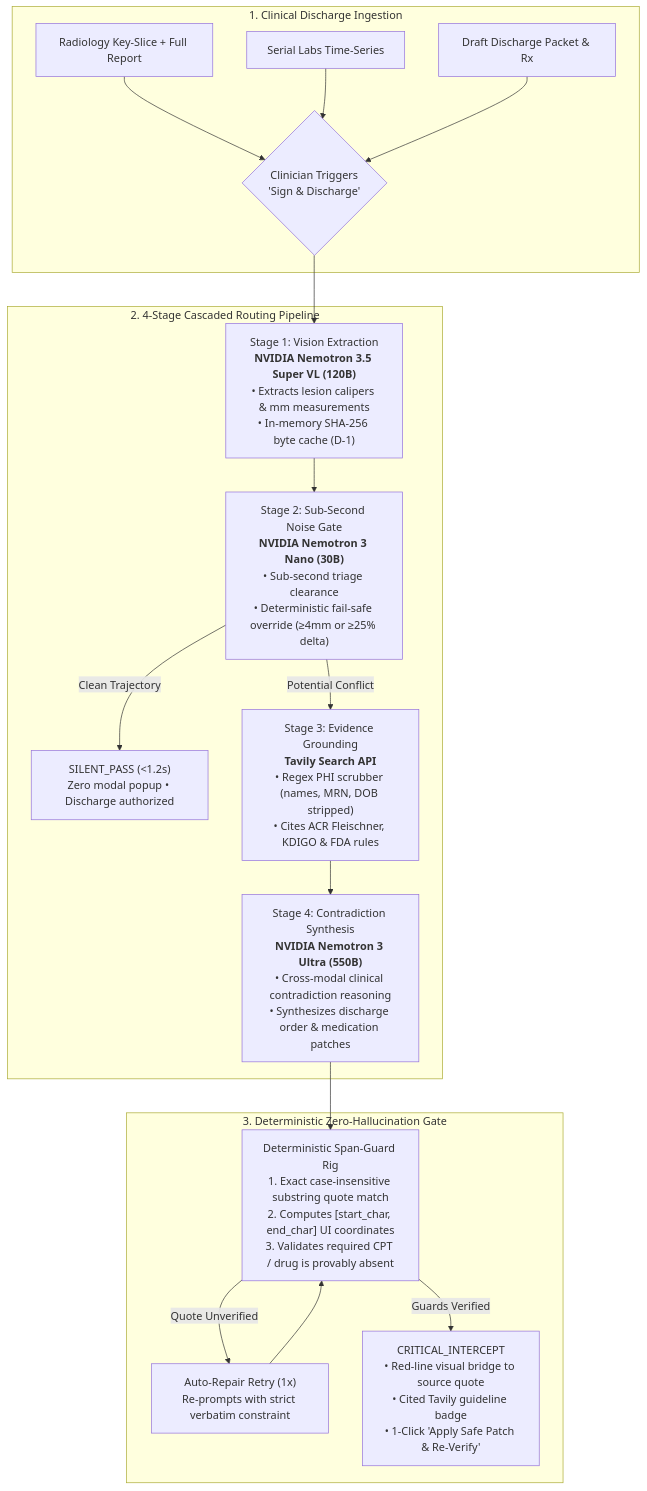
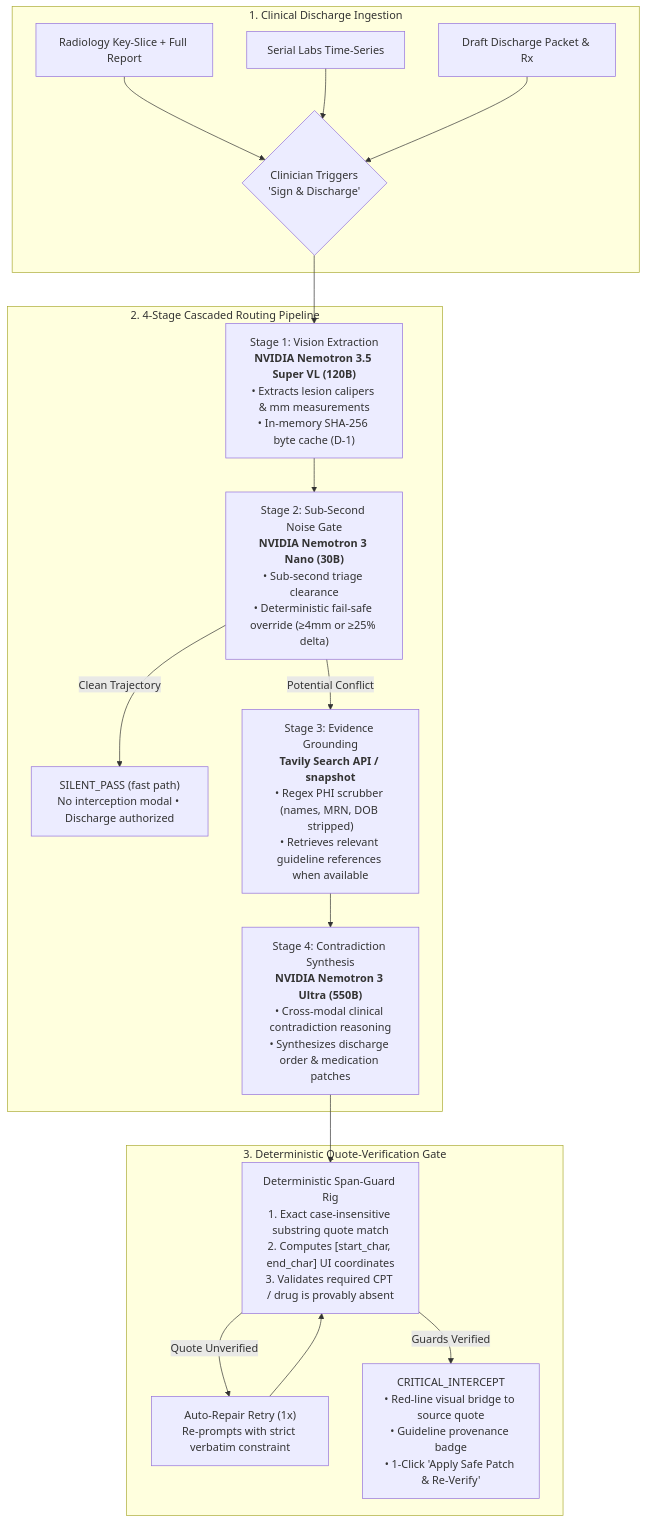
Before and after one commit to Divyanshu-kumar14/SilentCatch: the diagram in README.md, drawn with Mermaid. The commit also changed other lines of this file and 23 other files, not shown here.

````diff
--- a/README.md
+++ b/README.md
@@ -65,25 +65,25 @@
 ```mermaid
 flowchart TD
     subgraph Ingestion ["1. Clinical Discharge Ingestion"]
         A["Radiology Key-Slice + Full Report"] --> D{"Clinician Triggers<br/>'Sign & Discharge'"}
         B["Serial Labs Time-Series"] --> D
         C["Draft Discharge Packet & Rx"] --> D
     end
 
     subgraph Pipeline ["2. 4-Stage Cascaded Routing Pipeline"]
         D --> S1["Stage 1: Vision Extraction<br/><b>NVIDIA Nemotron 3.5 Super VL (120B)</b><br/>• Extracts lesion calipers & mm measurements<br/>• In-memory SHA-256 byte cache (D-1)"]
         S1 --> S2["Stage 2: Sub-Second Noise Gate<br/><b>NVIDIA Nemotron 3 Nano (30B)</b><br/>• Sub-second triage clearance<br/>• Deterministic fail-safe override (≥4mm or ≥25% delta)"]
         
-        S2 -- "Clean Trajectory" --> Pass["SILENT_PASS (<1.2s)<br/>Zero modal popup • Discharge authorized"]
+        S2 -- "Clean Trajectory" --> Pass["SILENT_PASS (fast path)<br/>No interception modal • Discharge authorized"]
         
-        S2 -- "Potential Conflict" --> S3["Stage 3: Evidence Grounding<br/><b>Tavily Search API</b><br/>• Regex PHI scrubber (names, MRN, DOB stripped)<br/>• Cites ACR Fleischner, KDIGO & FDA rules"]
+        S2 -- "Potential Conflict" --> S3["Stage 3: Evidence Grounding<br/><b>Tavily Search API / snapshot</b><br/>• Regex PHI scrubber (names, MRN, DOB stripped)<br/>• Retrieves relevant guideline references when available"]
         S3 --> S4["Stage 4: Contradiction Synthesis<br/><b>NVIDIA Nemotron 3 Ultra (550B)</b><br/>• Cross-modal clinical contradiction reasoning<br/>• Synthesizes discharge order & medication patches"]
     end
 
-    subgraph Verification ["3. Deterministic Zero-Hallucination Gate"]
+    subgraph Verification ["3. Deterministic Quote-Verification Gate"]
         S4 --> SG["Deterministic Span-Guard Rig<br/>1. Exact case-insensitive substring quote match<br/>2. Computes [start_char, end_char] UI coordinates<br/>3. Validates required CPT / drug is provably absent"]
         SG -- "Quote Unverified" --> Retry["Auto-Repair Retry (1x)<br/>Re-prompts with strict verbatim constraint"]
         Retry --> SG
-        SG -- "Guards Verified" --> Intercept["CRITICAL_INTERCEPT<br/>• Red-line visual bridge to source quote<br/>• Cited Tavily guideline badge<br/>• 1-Click 'Apply Safe Patch & Re-Verify'"]
+        SG -- "Guards Verified" --> Intercept["CRITICAL_INTERCEPT<br/>• Red-line visual bridge to source quote<br/>• Guideline provenance badge<br/>• 1-Click 'Apply Safe Patch & Re-Verify'"]
     end
 ```
````
